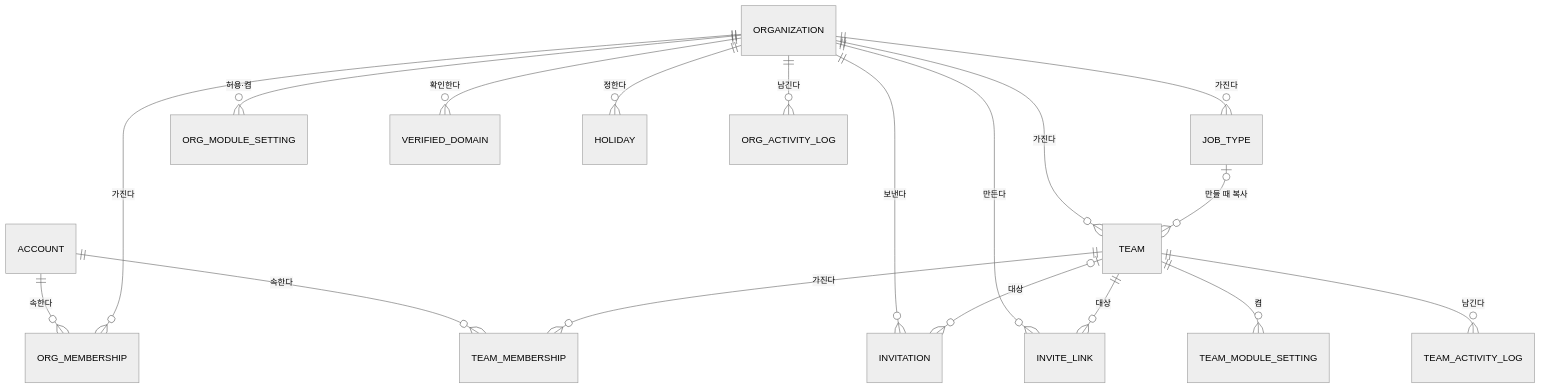
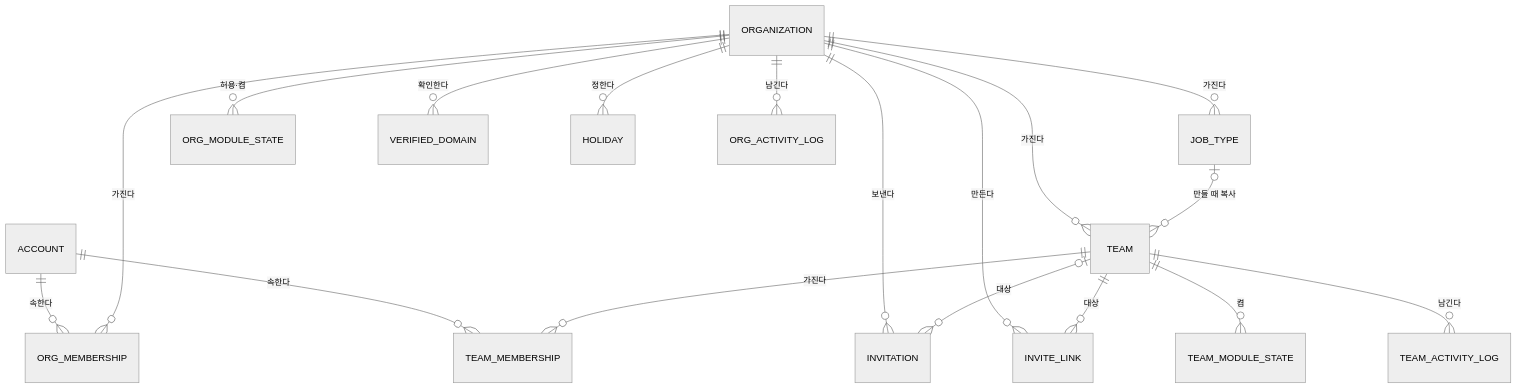
Before and after one commit to poseybutter/reberu: the first of 16 diagrams in docs/architecture/tenancy.md, drawn with Mermaid (neutral theme). The commit also changed other lines of this file and 25 other files, not shown here.

````diff
--- a/docs/architecture/tenancy.md
+++ b/docs/architecture/tenancy.md
@@ -45,20 +45,20 @@
 ```mermaid
 erDiagram
     ACCOUNT ||--o{ ORG_MEMBERSHIP : "속한다"
     ORGANIZATION ||--o{ ORG_MEMBERSHIP : "가진다"
     ORGANIZATION ||--o{ TEAM : "가진다"
     ACCOUNT ||--o{ TEAM_MEMBERSHIP : "속한다"
     TEAM ||--o{ TEAM_MEMBERSHIP : "가진다"
     ORGANIZATION ||--o{ INVITATION : "보낸다"
     TEAM |o--o{ INVITATION : "대상"
     ORGANIZATION ||--o{ INVITE_LINK : "만든다"
     TEAM ||--o{ INVITE_LINK : "대상"
     ORGANIZATION ||--o{ JOB_TYPE : "가진다"
     JOB_TYPE |o--o{ TEAM : "만들 때 복사"
-    ORGANIZATION ||--o{ ORG_MODULE_SETTING : "허용·켬"
-    TEAM ||--o{ TEAM_MODULE_SETTING : "켬"
+    ORGANIZATION ||--o{ ORG_MODULE_STATE : "허용·켬"
+    TEAM ||--o{ TEAM_MODULE_STATE : "켬"
     ORGANIZATION ||--o{ VERIFIED_DOMAIN : "확인한다"
     ORGANIZATION ||--o{ HOLIDAY : "정한다"
     ORGANIZATION ||--o{ ORG_ACTIVITY_LOG : "남긴다"
     TEAM ||--o{ TEAM_ACTIVITY_LOG : "남긴다"
 ```
````
